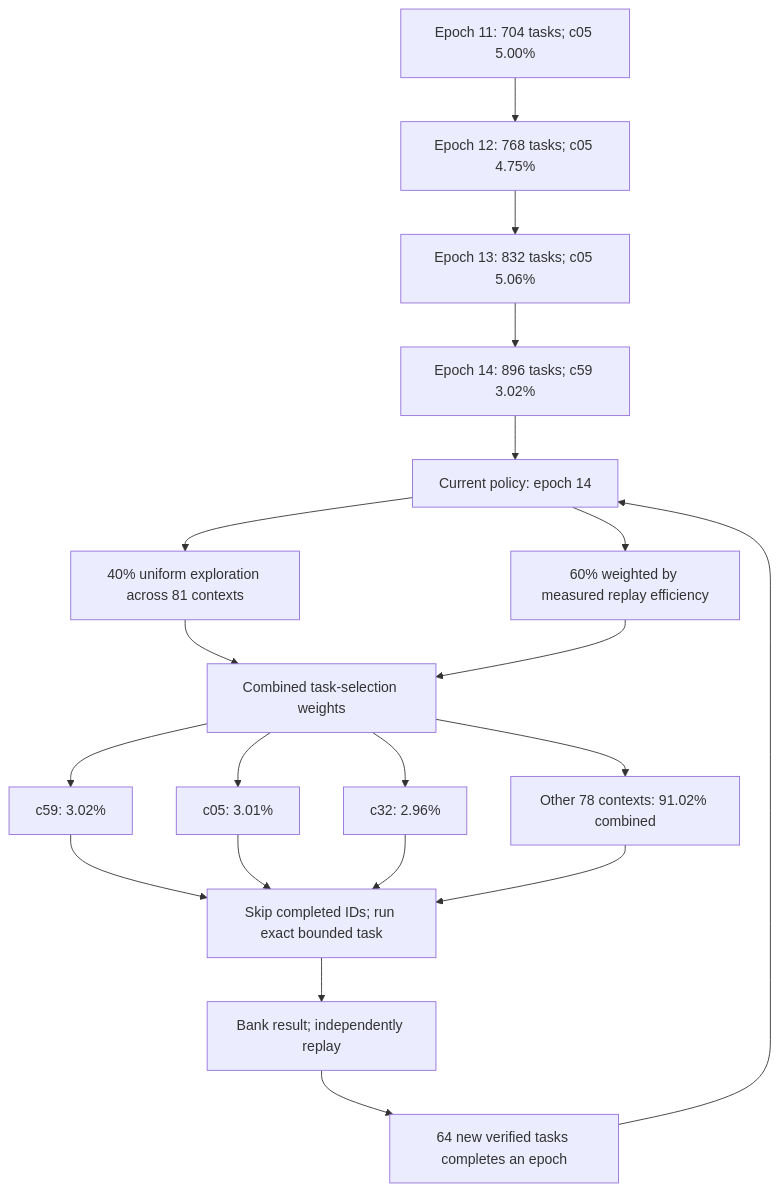
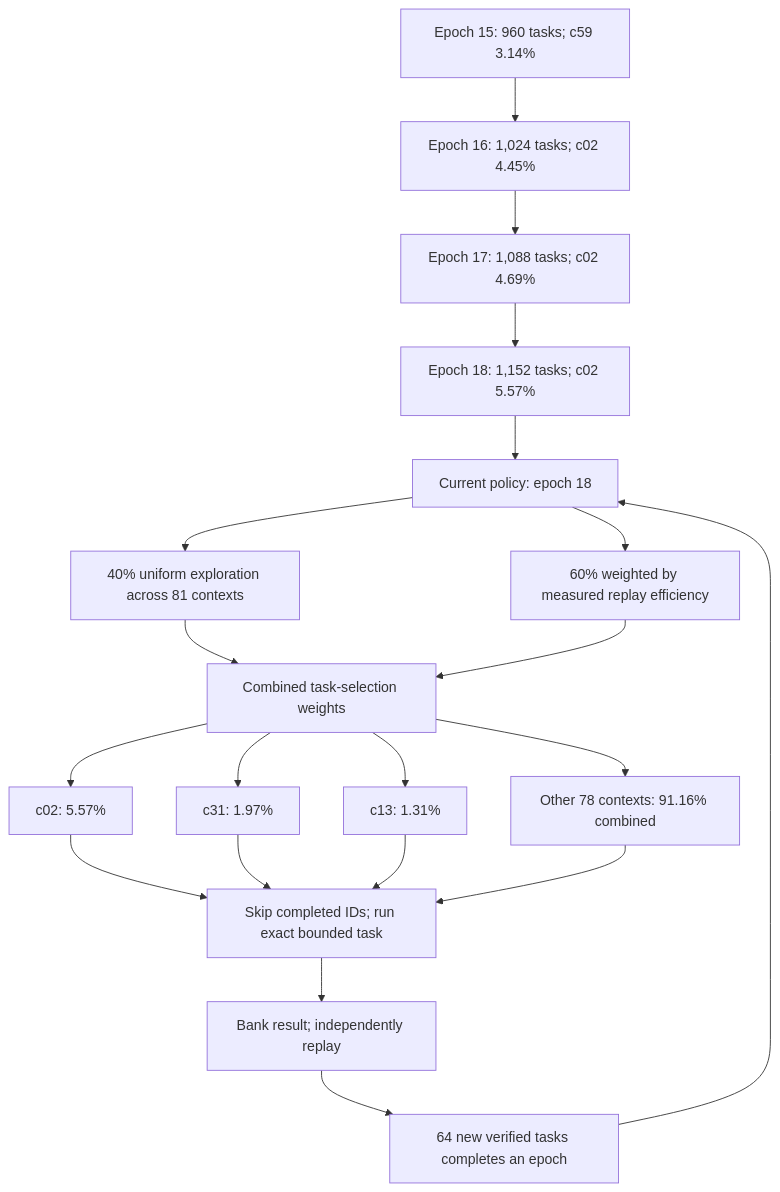
One commit to Kuberwastaken/math-gambling changed the diagram in README.md. Above: the diagram before and after it, drawn with Mermaid. The commit also changed other lines of this file and 593 other files, not shown here.

````diff
--- a/README.md
+++ b/README.md
@@ -48,27 +48,27 @@
 ```mermaid
 flowchart TD
-    H0["Epoch 11: 704 tasks; c05 5.00%"]
-    H1["Epoch 12: 768 tasks; c05 4.75%"]
+    H0["Epoch 15: 960 tasks; c59 3.14%"]
+    H1["Epoch 16: 1,024 tasks; c02 4.45%"]
     H0 --> H1
-    H2["Epoch 13: 832 tasks; c05 5.06%"]
+    H2["Epoch 17: 1,088 tasks; c02 4.69%"]
     H1 --> H2
-    H3["Epoch 14: 896 tasks; c59 3.02%"]
+    H3["Epoch 18: 1,152 tasks; c02 5.57%"]
     H2 --> H3
-    Policy["Current policy: epoch 14"]
+    Policy["Current policy: epoch 18"]
     H3 --> Policy
     Policy --> Explore["40% uniform exploration across 81 contexts"]
     Policy --> Cost["60% weighted by measured replay efficiency"]
     Explore --> Mix["Combined task-selection weights"]
     Cost --> Mix
-    Mix --> C0["c59: 3.02%"]
-    Mix --> C1["c05: 3.01%"]
-    Mix --> C2["c32: 2.96%"]
-    Mix --> Rest["Other 78 contexts: 91.02% combined"]
+    Mix --> C0["c02: 5.57%"]
+    Mix --> C1["c31: 1.97%"]
+    Mix --> C2["c13: 1.31%"]
+    Mix --> Rest["Other 78 contexts: 91.16% combined"]
     C0 --> Check["Skip completed IDs; run exact bounded task"]
     C1 --> Check
     C2 --> Check
     Rest --> Check
     Check --> Replay["Bank result; independently replay"]
     Replay --> Gate["64 new verified tasks completes an epoch"]
     Gate --> Policy
 ```
````
